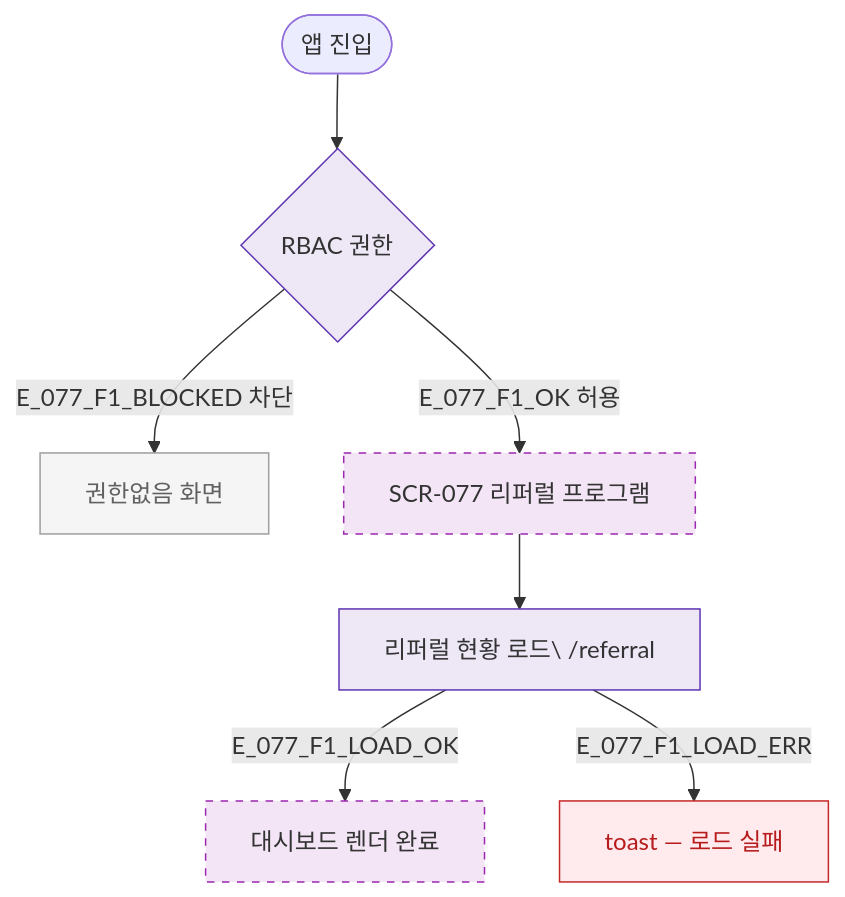
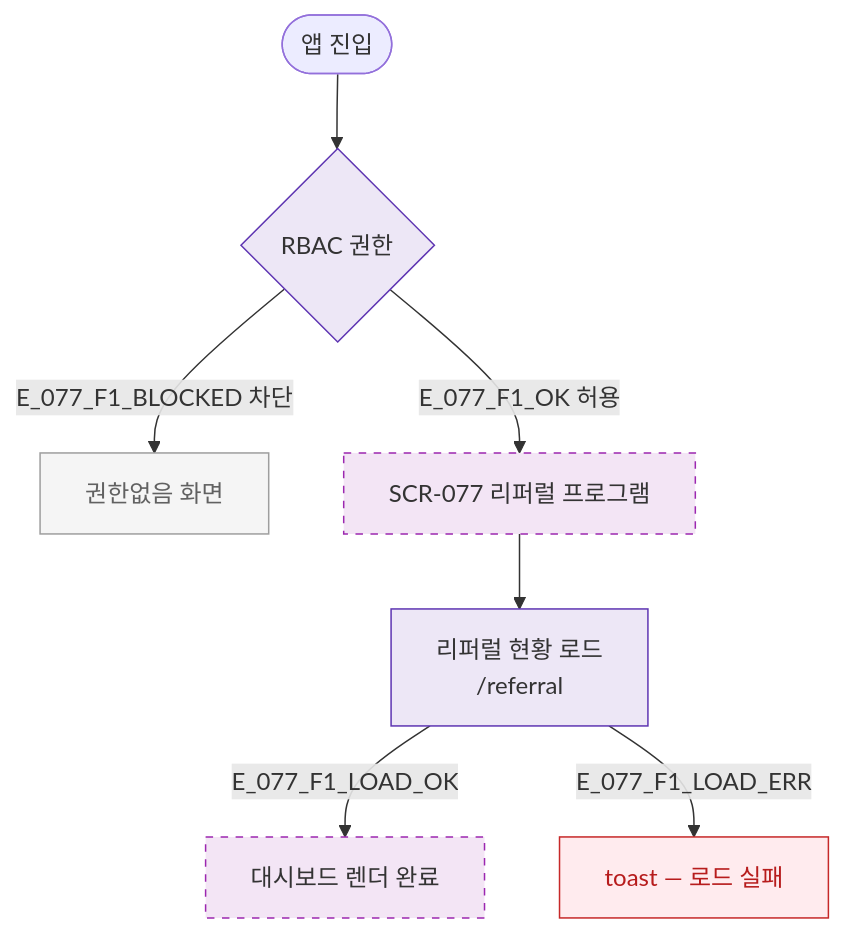
Before and after one commit to dev-spogym/admin-pando: the diagram in docs/admin/다이어그램/D08_마케팅/SCR-077_리퍼럴프로그램/F1_진입플로우.md, drawn with Mermaid. The commit also changed 369 other files, not shown here.

````diff
--- a/docs/admin/다이어그램/D08_마케팅/SCR-077_리퍼럴프로그램/F1_진입플로우.md
+++ b/docs/admin/다이어그램/D08_마케팅/SCR-077_리퍼럴프로그램/F1_진입플로우.md
@@ -12,20 +12,20 @@
 ```mermaid
 flowchart TD
   START([앱 진입]) --> AUTH{RBAC 권한}
   AUTH -->|E_077_F1_BLOCKED 차단|BLOCKED[권한없음 화면]
   AUTH -->|E_077_F1_OK 허용|SCR_077[SCR-077 리퍼럴 프로그램]
 
-  SCR_077 --> LOAD[리퍼럴 현황 로드\ /referral]
+  SCR_077 --> LOAD[리퍼럴 현황 로드<br/> /referral]
   LOAD -->|E_077_F1_LOAD_OK|READY[대시보드 렌더 완료]
   LOAD -->|E_077_F1_LOAD_ERR|ERR[toast — 로드 실패]
 
   classDef newFeature fill:#F3E5F5,stroke:#9C27B0,stroke-dasharray:5 5
   classDef error fill:#FFEBEE,stroke:#C62828,color:#B71C1C
   classDef rbacBlocked fill:#F5F5F5,stroke:#9E9E9E,color:#616161
   classDef system fill:#EDE7F6,stroke:#5E35B2
 
   class SCR_077,READY newFeature
   class BLOCKED rbacBlocked
   class ERR error
   class AUTH,LOAD system
 ```
````
